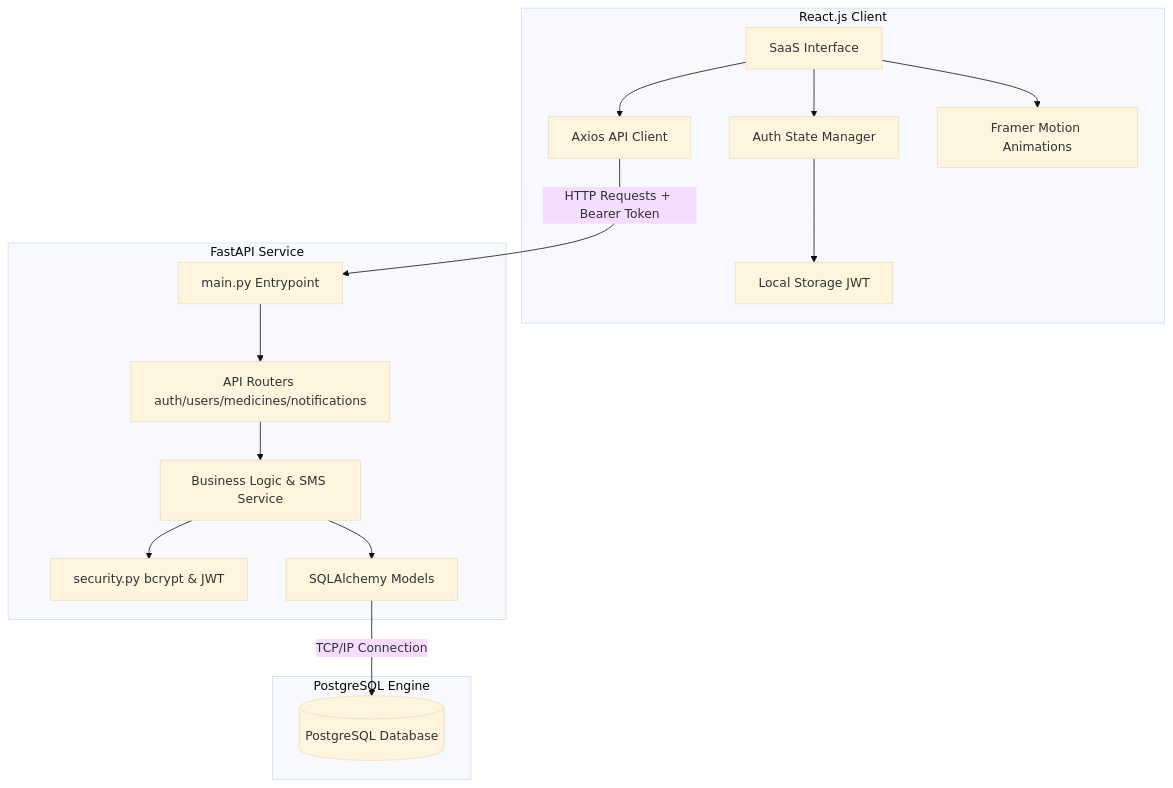
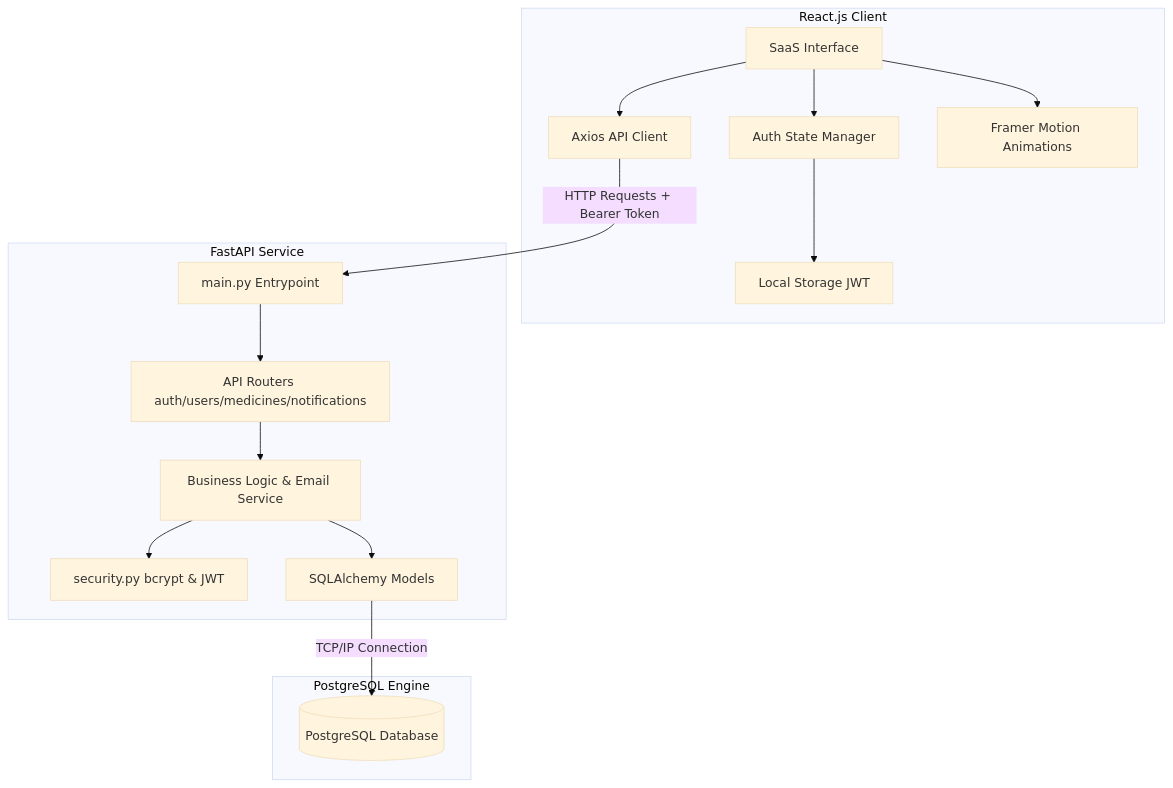
One commit to sukumar2351/PillSync changed the first of 2 diagrams in README.md. Above: the diagram before and after it, drawn with Mermaid (base theme). The commit also changed other lines of this file and 9 other files, not shown here.

Commit message:
feat: complete Milestone 2 and replace SMS reminders with Email reminders

````diff
--- a/README.md
+++ b/README.md
@@ -45,33 +45,33 @@
 ```mermaid
 graph TD
     subgraph Frontend [React.js Client]
         UI[SaaS Interface]
         State[Auth State Manager]
         AxiosClient[Axios API Client]
         Local[Local Storage JWT]
         Framer[Framer Motion Animations]
     end
 
     subgraph Backend [FastAPI Service]
         App[main.py Entrypoint]
         Routers[API Routers auth/users/medicines/notifications]
-        Services[Business Logic & SMS Service]
+        Services[Business Logic & Email Service]
         Security[security.py bcrypt & JWT]
         ORM[SQLAlchemy Models]
     end
 
     subgraph Database [PostgreSQL Engine]
         DB[(PostgreSQL Database)]
     end
 
     UI --> State
     State --> Local
     UI --> AxiosClient
     UI --> Framer
     AxiosClient -->|HTTP Requests + Bearer Token| App
     App --> Routers
     Routers --> Services
     Services --> Security
     Services --> ORM
     ORM -->|TCP/IP Connection| DB
 ```
````
